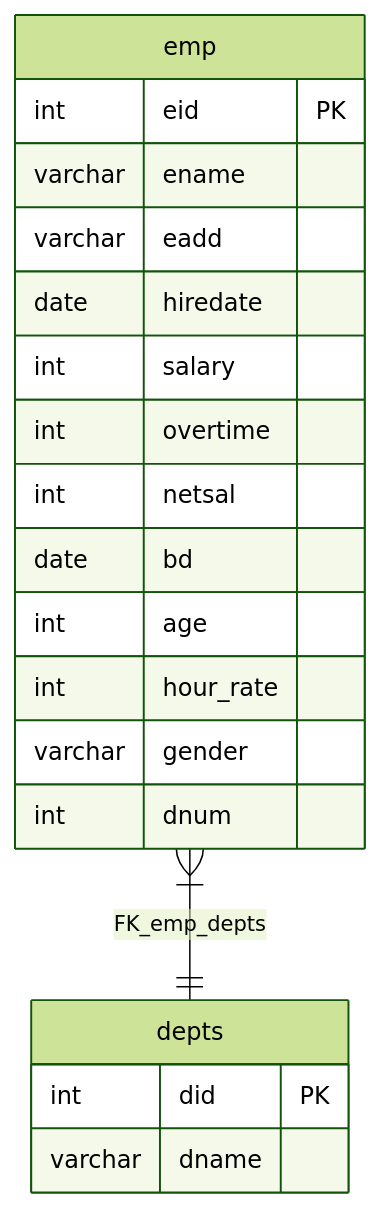
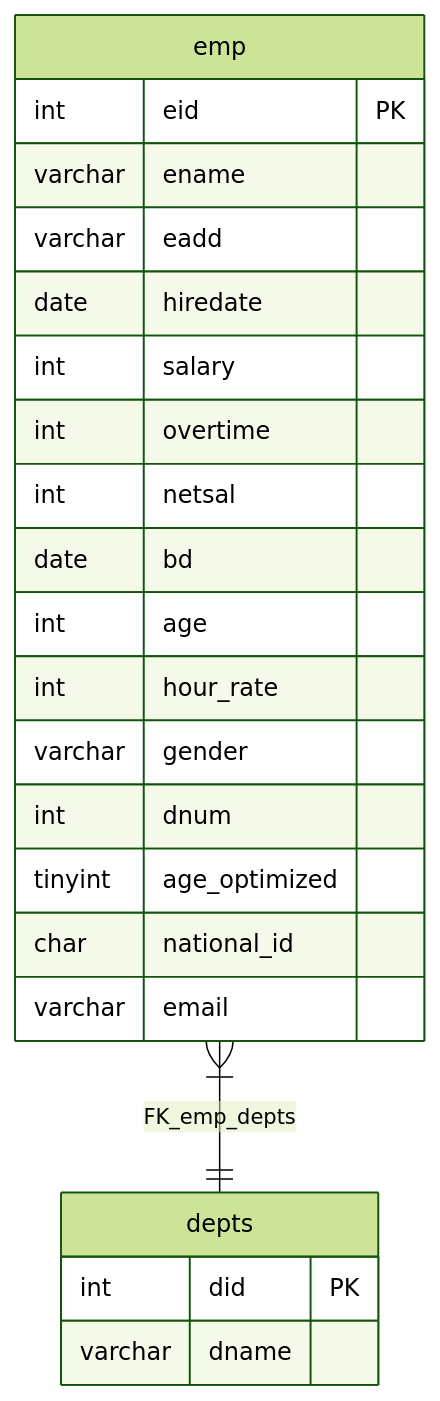
The sixth of 6 diagrams in docs/ch01-case-study-erd-and-implementation.md (Sohila-Khaled-Abbas/sql-server-data-platform), drawn with Mermaid (forest theme) before and after one commit. The commit also changed other lines of this file and 18 other files, not shown here.

Commit message:
refactor(schema): resolve file naming conflicts in src/01_storage_and_schema and synchronize video catalog

````diff
--- a/docs/ch01-case-study-erd-and-implementation.md
+++ b/docs/ch01-case-study-erd-and-implementation.md
@@ -420,22 +420,25 @@
 ```mermaid
 erDiagram
     depts {
         int did PK
         varchar dname
     }
     emp {
         int eid PK
         varchar ename
         varchar eadd
         date hiredate
         int salary
         int overtime
         int netsal
         date bd
         int age
         int hour_rate
         varchar gender
         int dnum
+        tinyint age_optimized
+        char national_id
+        varchar email
     }
     emp }|--|| depts : "FK_emp_depts"
 ```
````
